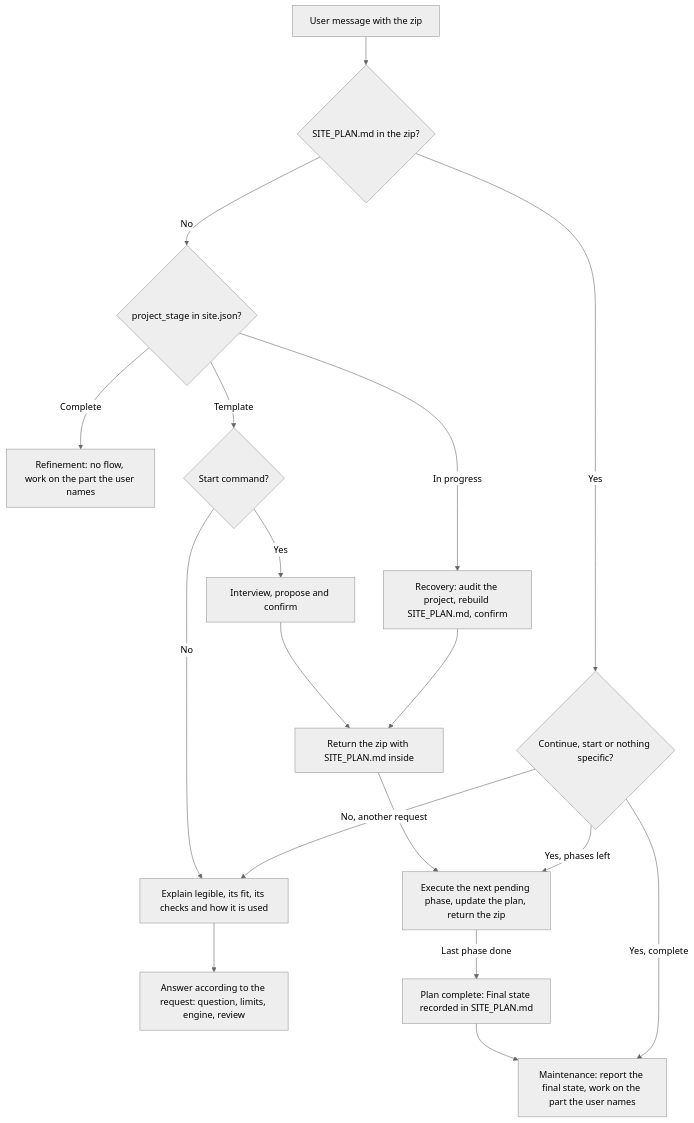
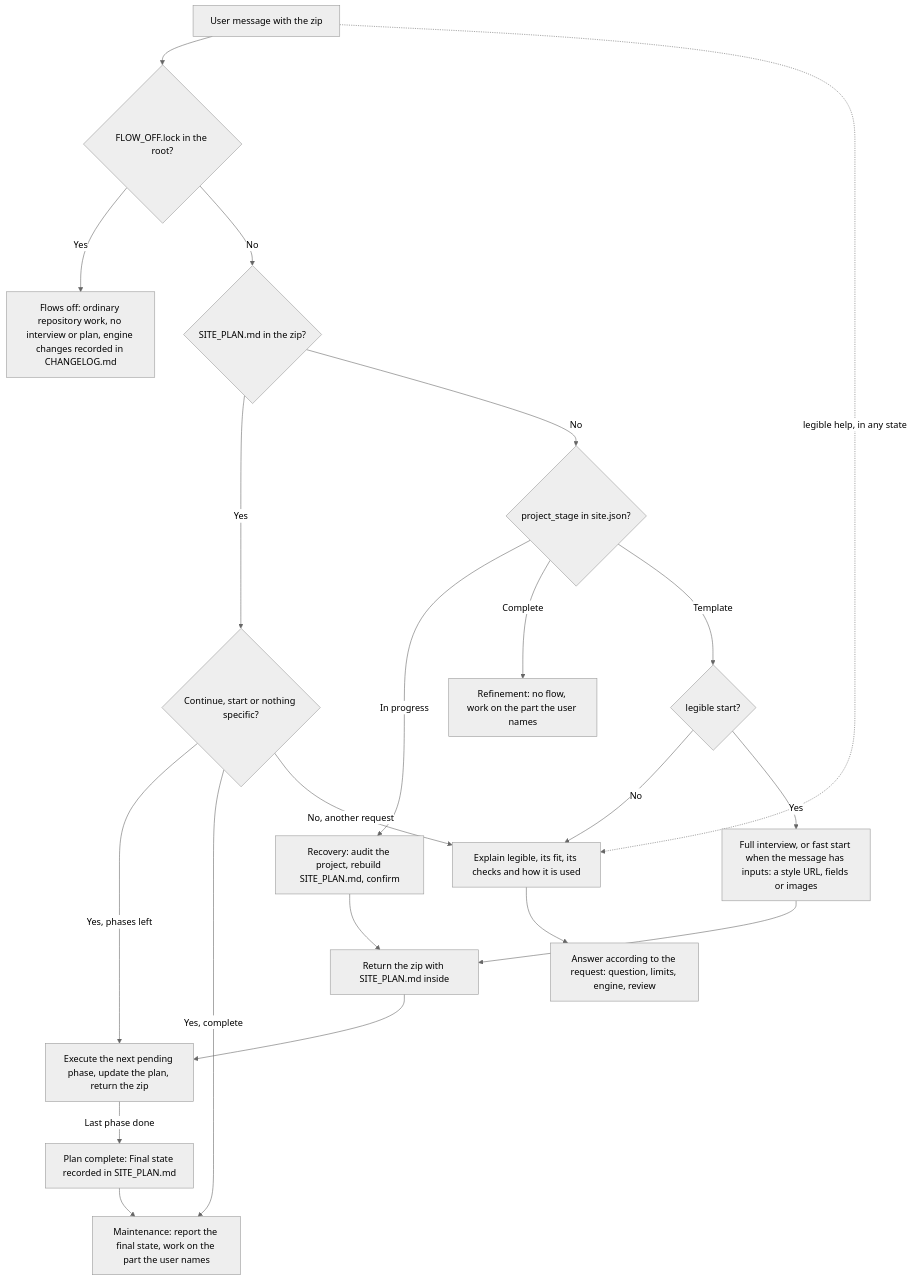
Before and after one commit to angelmaturana/legible: the second of 2 diagrams in DOCUMENTATION.md, drawn with Mermaid (neutral theme). The commit also changed other lines of this file and 5 other files, not shown here.

````diff
--- a/DOCUMENTATION.md
+++ b/DOCUMENTATION.md
@@ -338,20 +355,23 @@
 ```mermaid
 flowchart TD
-    A[User message with the zip] --> B{SITE_PLAN.md in the zip?}
+    A[User message with the zip] --> L{FLOW_OFF.lock in the root?}
+    L -->|Yes| N[Flows off: ordinary repository work, no interview or plan, engine changes recorded in CHANGELOG.md]
+    L -->|No| B{SITE_PLAN.md in the zip?}
+    A -.->|legible help, in any state| C
     B -->|Yes| K{Continue, start or nothing specific?}
     K -->|Yes, phases left| H[Execute the next pending phase, update the plan, return the zip]
     K -->|Yes, complete| I[Maintenance: report the final state, work on the part the user names]
     K -->|No, another request| C
     B -->|No| M{project_stage in site.json?}
     M -->|In progress| R[Recovery: audit the project, rebuild SITE_PLAN.md, confirm]
     R --> G
     M -->|Complete| Q[Refinement: no flow, work on the part the user names]
-    M -->|Template| E{Start command?}
+    M -->|Template| E{legible start?}
     E -->|No| C[Explain legible, its fit, its checks and how it is used]
     C --> D[Answer according to the request: question, limits, engine, review]
-    E -->|Yes| F[Interview, propose and confirm]
+    E -->|Yes| F[Full interview, or fast start when the message has inputs: a style URL, fields or images]
     F --> G[Return the zip with SITE_PLAN.md inside]
     G --> H
     H -->|Last phase done| J[Plan complete: Final state recorded in SITE_PLAN.md]
     J --> I
 ```
````
